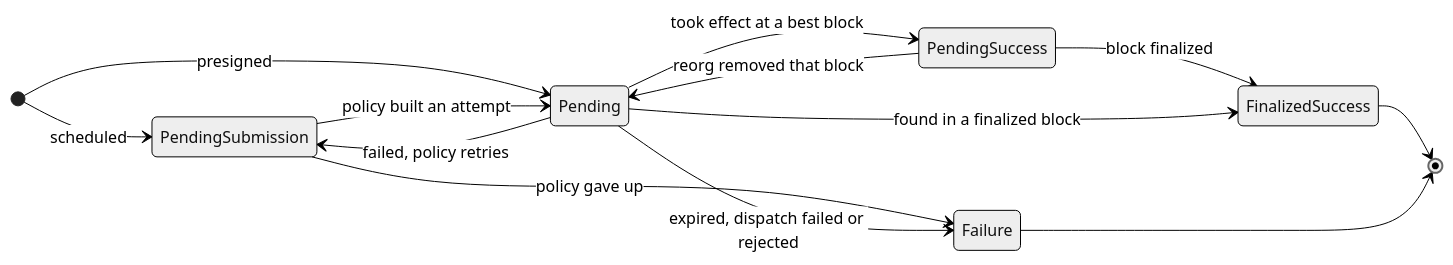
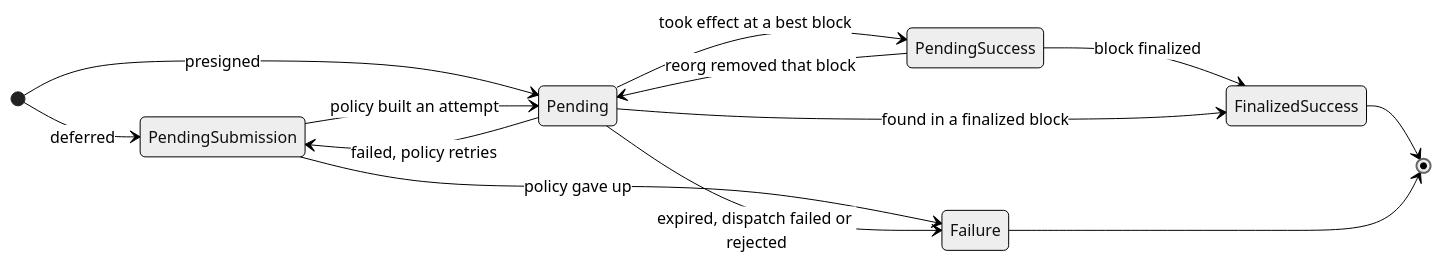
One commit to paritytech/trinity-user-agents changed the diagram in docs/design/transaction-durability-engine.md. Above: the diagram before and after it, drawn with Mermaid (neutral theme). The commit also changed other lines of this file and 26 other files, not shown here.

First line of the commit message:
refactor: rename scheduled durable transactions to deferred

````diff
--- a/docs/design/transaction-durability-engine.md
+++ b/docs/design/transaction-durability-engine.md
@@ -79,16 +79,16 @@
 ```mermaid
 stateDiagram-v2
     direction LR
-    [*] --> PendingSubmission: scheduled
+    [*] --> PendingSubmission: deferred
     [*] --> Pending: presigned
     PendingSubmission --> Pending: policy built an attempt
     PendingSubmission --> Failure: policy gave up
     Pending --> PendingSuccess: took effect at a best block
     PendingSuccess --> Pending: reorg removed that block
     PendingSuccess --> FinalizedSuccess: block finalized
     Pending --> FinalizedSuccess: found in a finalized block
     Pending --> PendingSubmission: failed, policy retries
     Pending --> Failure: expired, dispatch failed or rejected
     FinalizedSuccess --> [*]
     Failure --> [*]
 ```
````
